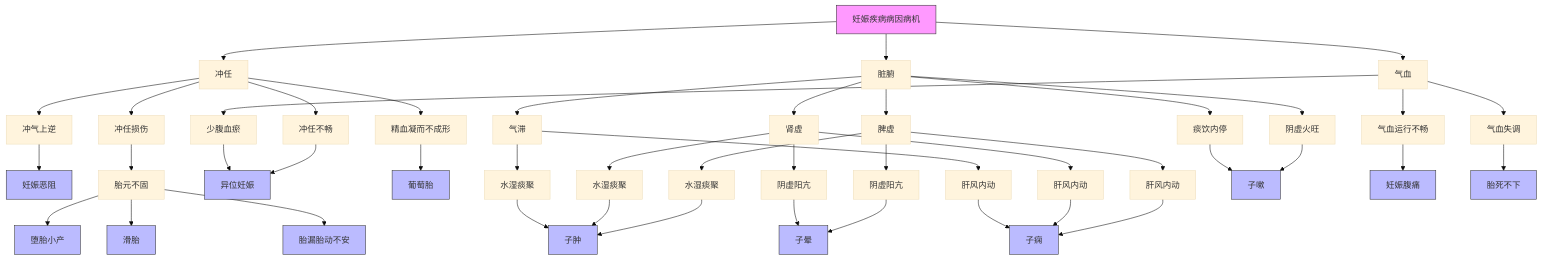
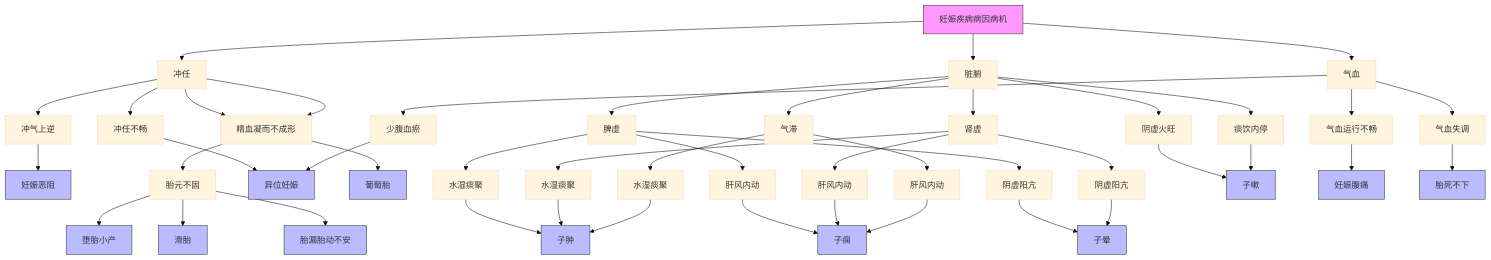
One commit to lili23755/iodraw-files changed the diagram in all/未命名.md. Above: the diagram before and after it, drawn with Mermaid (base theme).

Commit message:
2025-04-04 10:56:20 update

````diff
--- a/all/未命名.md
+++ b/all/未命名.md
@@ -1,41 +1,41 @@
 ```mermaid
 flowchart TD
     A[妊娠疾病病因病机] --> B[冲任]
     A --> C[脏腑]
     A --> D[气血]
     
     B --> B1[冲气上逆] --> 妊娠恶阻
     B --> B2[冲任损伤] --> B2a[胎元不固] --> 堕胎小产 & 滑胎 & 胎漏胎动不安
     B --> B3[冲任不畅] --> 异位妊娠
-    B --> B4[精血凝而不成形] --> 葡萄胎
+    B --> B2[精血凝而不成形] --> 葡萄胎
     
     C --> C1[脾虚] --> C1a[水湿痰聚] --> 子肿
     C1 --> C1b[肝风内动] --> 子痫
     C1 --> C1c[阴虚阳亢] --> 子晕
     C --> C2[肾虚] --> C2a[水湿痰聚] --> 子肿
     C2 --> C2b[肝风内动] --> 子痫
     C2 --> C2c[阴虚阳亢] --> 子晕
     C --> C3[气滞] --> C3a[水湿痰聚] --> 子肿
     C3 --> C3b[肝风内动] --> 子痫
     C --> C4[阴虚火旺] --> 子嗽
     C --> C5[痰饮内停] --> 子嗽
     
     D --> D1[气血运行不畅] --> 妊娠腹痛
     D --> D2[气血失调] --> 胎死不下
     D --> D3[少腹血瘀] --> 异位妊娠
 
     style A fill:#f9f,stroke:#333
     style 妊娠恶阻 fill:#bbf,stroke:#333
     style 堕胎小产 fill:#bbf,stroke:#333
     style 滑胎 fill:#bbf,stroke:#333
     style 异位妊娠 fill:#bbf,stroke:#333
     style 子肿 fill:#bbf,stroke:#333
     style 子痫 fill:#bbf,stroke:#333
     style 胎漏胎动不安 fill:#bbf,stroke:#333
     style 胎死不下 fill:#bbf,stroke:#333
     style 妊娠腹痛 fill:#bbf,stroke:#333
     style 葡萄胎 fill:#bbf,stroke:#333
     style 子晕 fill:#bbf,stroke:#333
     style 子嗽 fill:#bbf,stroke:#333
 	  
 ```
````
